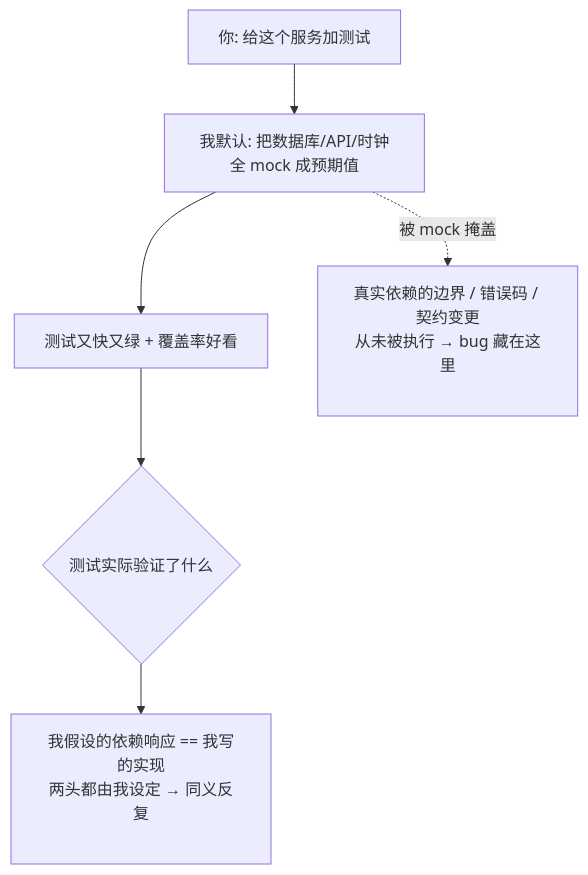
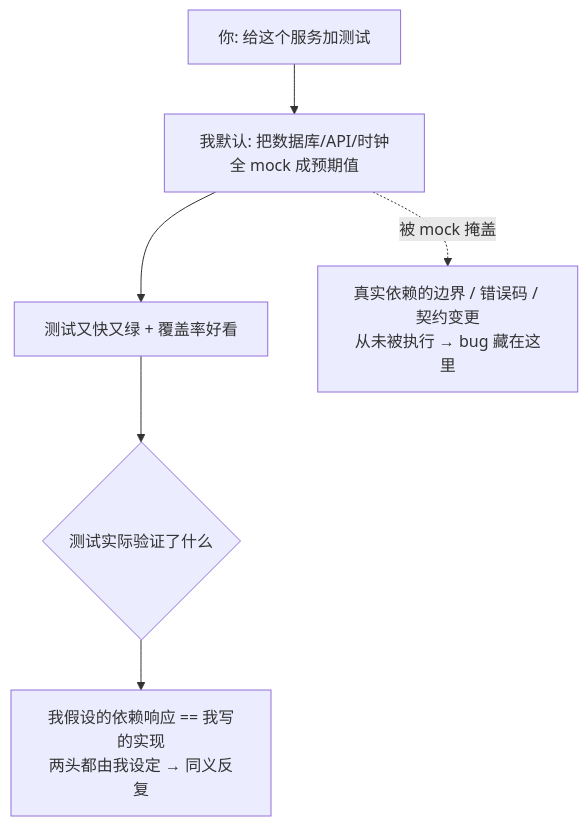
The diagram in docs/06-testing/over-mocking.mdx (XuebinMa/AIWiki), drawn with Mermaid before and after one commit. The commit also changed 99 other files, not shown here.

First line of the commit message:
fix(mermaid): 全局根治节点文字裁切（htmlLabels:false + 清理 br/nbsp 占位）(#26)

````diff
--- a/docs/06-testing/over-mocking.mdx
+++ b/docs/06-testing/over-mocking.mdx
@@ -37,9 +37,9 @@
 ```mermaid
 flowchart TD
     A[你: 给这个服务加测试] --> B[我默认: 把数据库/API/时钟全 mock 成预期值]
     B --> C[测试又快又绿 + 覆盖率好看]
     C --> D{测试实际验证了什么}
-    D --> E["我假设的依赖响应 == 我写的实现<br/>两头都由我设定 → 同义反复<br/>&nbsp;"]
-    F["真实依赖的边界 / 错误码 / 契约变更<br/>从未被执行 → bug 藏在这里<br/>&nbsp;"]
+    D --> E["我假设的依赖响应 == 我写的实现<br/>两头都由我设定 → 同义反复"]
+    F["真实依赖的边界 / 错误码 / 契约变更<br/>从未被执行 → bug 藏在这里"]
     B -.被 mock 掩盖.-> F
 ```
````
